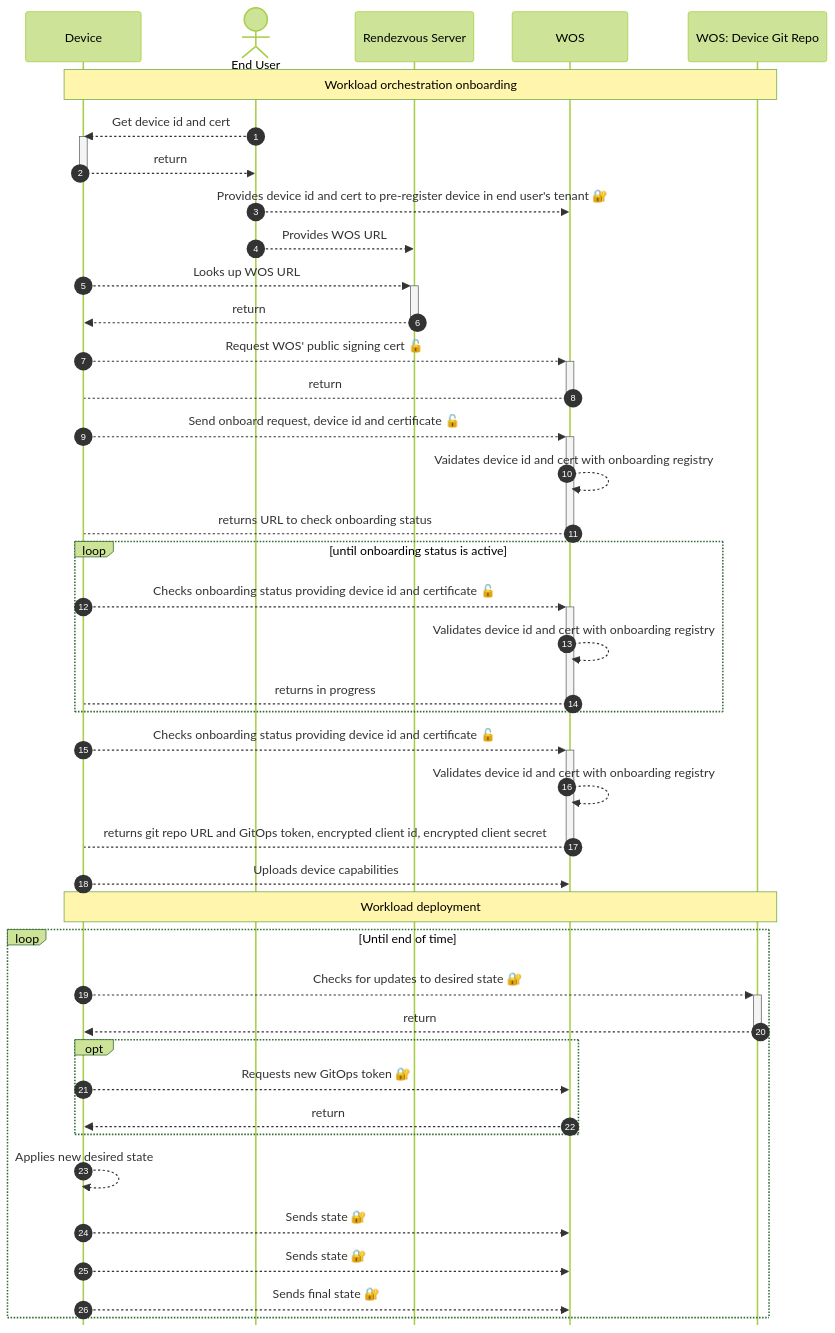
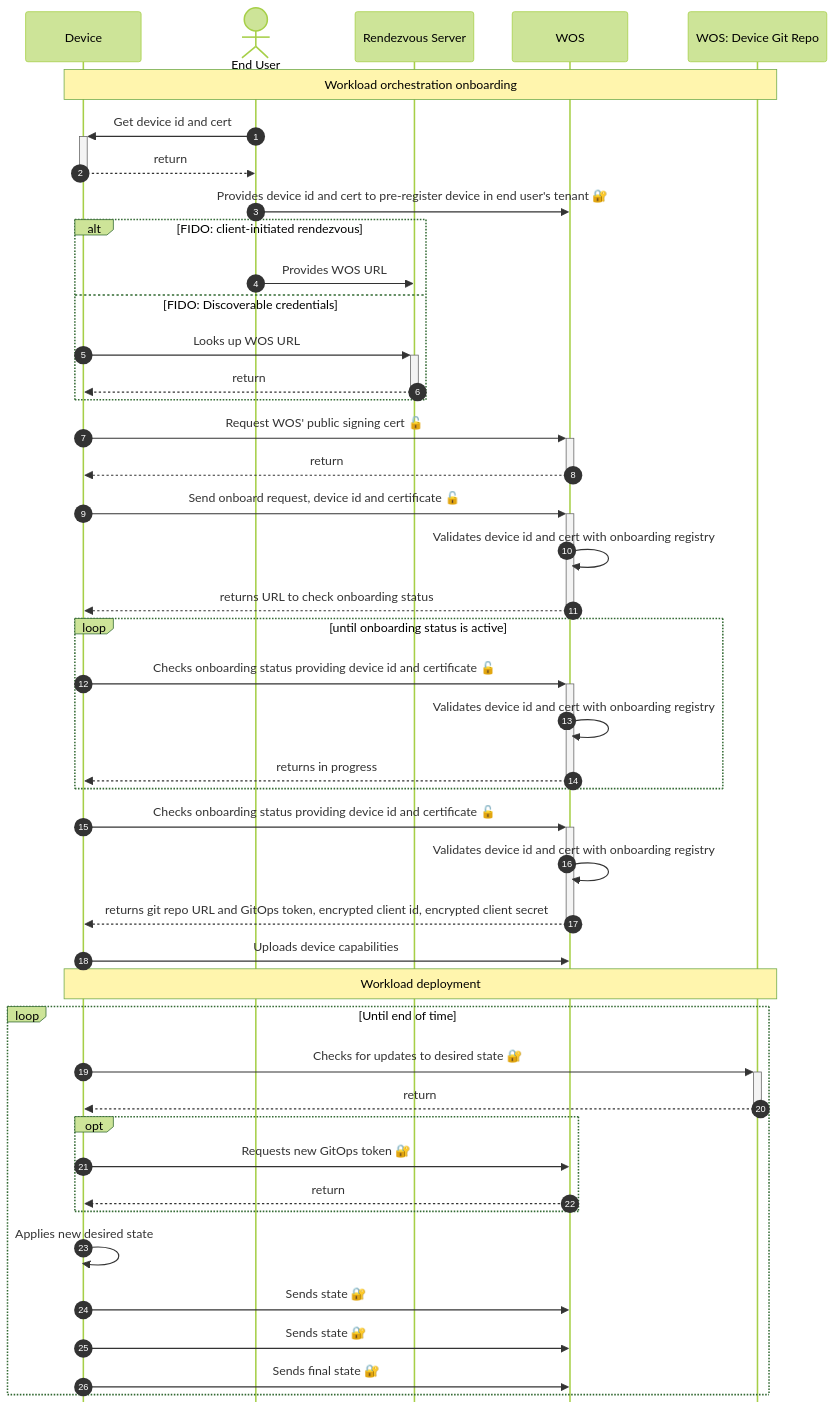
The diagram in system-design/fleet-management/workload/workload-fleet-management-edge-onboarding.md (margo/specification), drawn with Mermaid (forest theme) before and after one commit. The commit also changed other lines of this file, not shown here.

Commit message:
feat(onboarding): small improvements and fixes
Improvements and fixes:

- Uniformize actor activation code in Mermaid sequence diagram.
- Fix erroneous arrows for return messages in onboarding sequence diagram.
- Small readibility improvement in onboarding sequence diagram: Request messages have a continuous line and returns a dashed line.
- Add to onboarding sequence diagram a box showing the proposal for using a FIDO onboarding workflow.
- Improve readability
- Add legend
- Document possible sequence diagram change
- Typos

````diff
--- a/system-design/fleet-management/workload/workload-fleet-management-edge-onboarding.md
+++ b/system-design/fleet-management/workload/workload-fleet-management-edge-onboarding.md
@@ -16,50 +20,52 @@
 ``` mermaid
 sequenceDiagram
     %%{init: {'sequence': {'mirrorActors': false}}}%%
     autonumber
     participant device as Device
     actor user as End User
     participant rendezvous as Rendezvous Server
     participant wos as WOS
     participant git as WOS: Device Git Repo   
     note over device, git: Workload orchestration onboarding
-    user -->> device: Get device id and cert
-    activate device
-        device -->> user: return
-    deactivate device
-    user -->> wos: Provides device id and cert to pre-register device in end user's tenant 🔐
+    user ->>+ device: Get device id and cert
+    device -->>- user: return
+    user ->> wos: Provides device id and cert to pre-register device in end user's tenant 🔐
      
-    %%note over device, rendezvous: FIDO
-    user -->> rendezvous: Provides WOS URL
-    device -->>+ rendezvous: Looks up WOS URL
-    rendezvous -->>- device: return
-    device -->>+ wos: Request WOS' public signing cert 🔓
-    wos -->- device: return
-    device -->>+ wos: Send onboard request, device id and certificate 🔓
-    wos -->> wos: Vaidates device id and cert with onboarding registry
-    wos -->- device: returns URL to check onboarding status
+    %% A background highlight could be also used here
+    %% https://mermaid.js.org/syntax/sequenceDiagram.html#background-highlighting
+    alt FIDO: client-initiated rendezvous
+        user ->> rendezvous: Provides WOS URL
+    else FIDO: Discoverable credentials
+        device ->>+ rendezvous: Looks up WOS URL
+        rendezvous -->>- device: return
+    end
+    device ->>+ wos: Request WOS' public signing cert 🔓
+    wos -->>- device: return
+    device ->>+ wos: Send onboard request, device id and certificate 🔓
+    wos ->> wos: Validates device id and cert with onboarding registry
+    wos -->>- device: returns URL to check onboarding status
     
     loop until onboarding status is active   
-        device -->>+ wos: Checks onboarding status providing device id and certificate 🔓
-        wos -->> wos: Validates device id and cert with onboarding registry
-        wos -->- device: returns in progress
+        device ->>+ wos: Checks onboarding status providing device id and certificate 🔓
+        wos ->> wos: Validates device id and cert with onboarding registry
+        wos -->>- device: returns in progress
     end
-    device -->>+ wos: Checks onboarding status providing device id and certificate 🔓
-    wos -->> wos: Validates device id and cert with onboarding registry
-    wos -->- device: returns git repo URL and GitOps token, encrypted client id, encrypted client secret
+    device ->>+ wos: Checks onboarding status providing device id and certificate 🔓
+    wos ->> wos: Validates device id and cert with onboarding registry
+    wos -->>- device: returns git repo URL and GitOps token, encrypted client id, encrypted client secret
     
-    device -->> wos: Uploads device capabilities
+    device ->> wos: Uploads device capabilities
     note over device, git: Workload deployment
     loop Until end of time
-        device -->>+ git: Checks for updates to desired state 🔐
+        device ->>+ git: Checks for updates to desired state 🔐
         git -->>- device: return
         opt
-            device -->> wos: Requests new GitOps token 🔐
+            device ->> wos: Requests new GitOps token 🔐
             wos -->> device: return
         end
-        device -->> device: Applies new desired state
-        device -->> wos: Sends state 🔐
-        device -->> wos: Sends state 🔐
-        device -->> wos: Sends final state 🔐
+        device ->> device: Applies new desired state
+        device ->> wos: Sends state 🔐
+        device ->> wos: Sends state 🔐
+        device ->> wos: Sends final state 🔐
     end    
 ```
````
